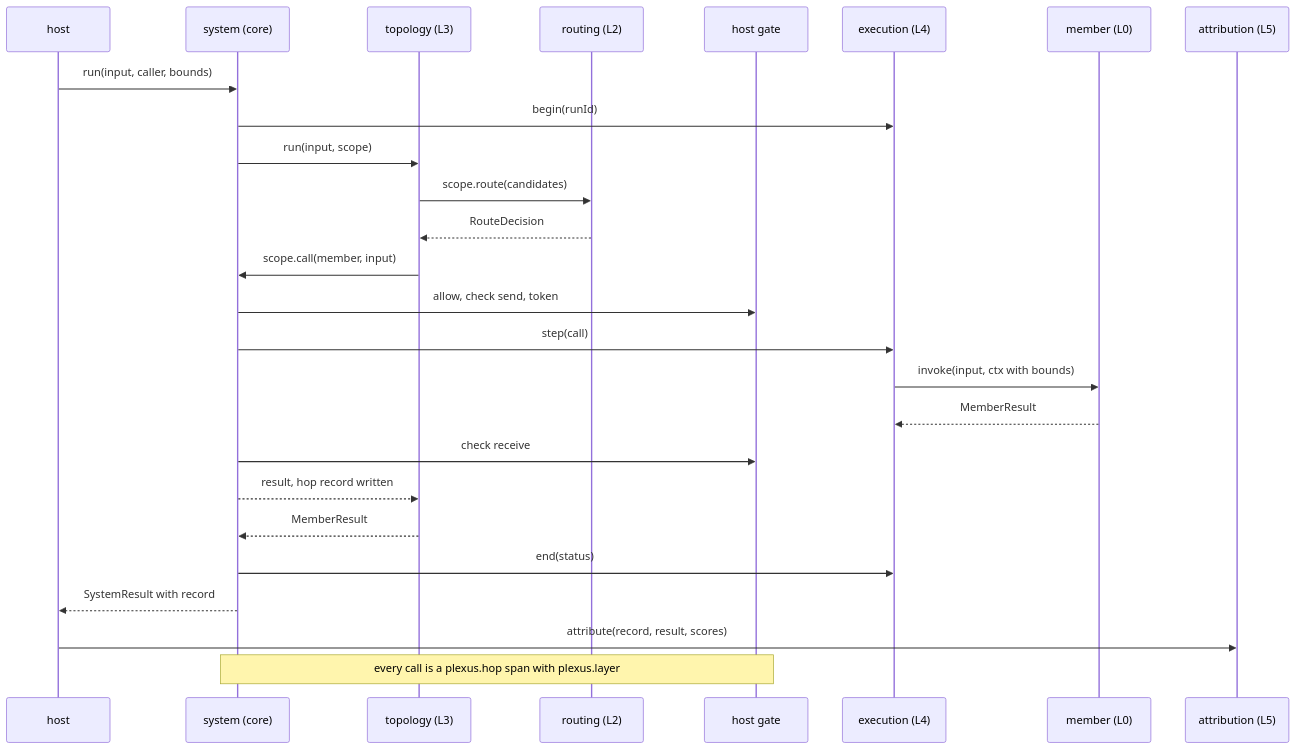
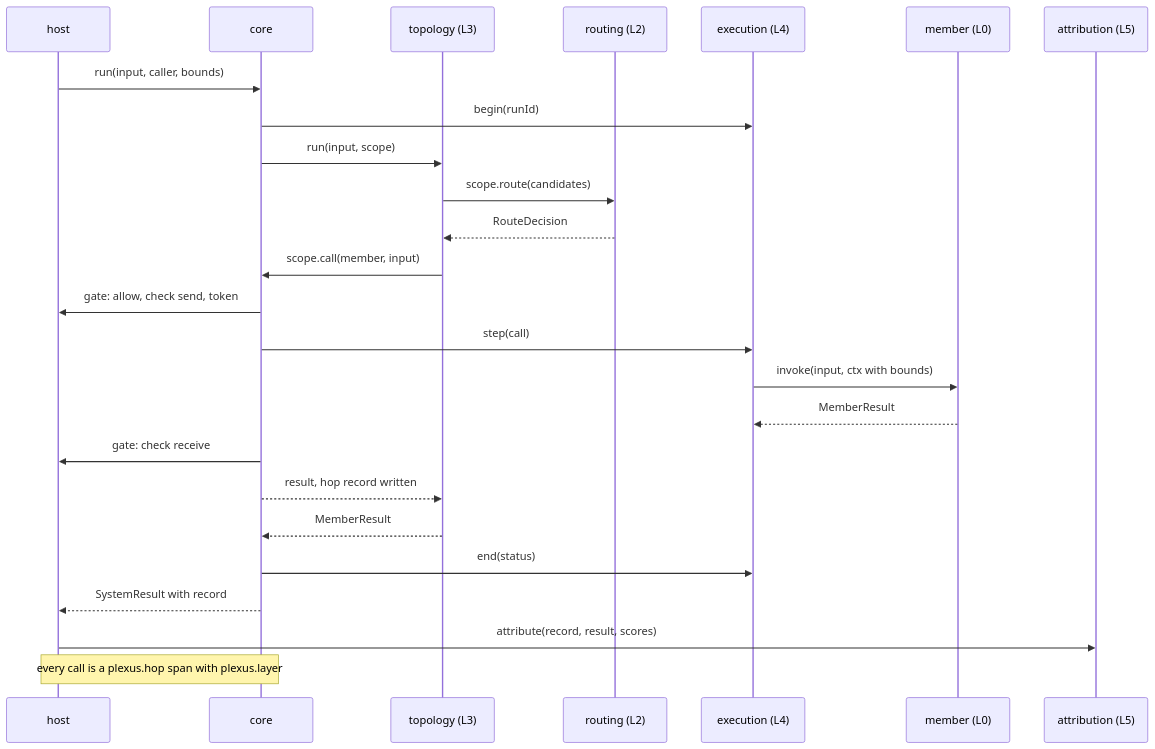
The second of 2 diagrams in docs/architecture.md (aantenore/agent-plexus), drawn with Mermaid before and after one commit. The commit also changed other lines of this file and 15 other files, not shown here.

````diff
--- a/docs/architecture.md
+++ b/docs/architecture.md
@@ -160,28 +164,27 @@
 ```mermaid
 sequenceDiagram
-  participant H as host
-  participant S as system (core)
-  participant T as topology (L3)
-  participant R as routing (L2)
-  participant G as host gate
-  participant E as execution (L4)
-  participant M as member (L0)
-  participant A as attribution (L5)
-  H->>S: run(input, caller, bounds)
-  S->>E: begin(runId)
-  S->>T: run(input, scope)
-  T->>R: scope.route(candidates)
-  R-->>T: RouteDecision
-  T->>S: scope.call(member, input)
-  S->>G: allow, check send, token
-  S->>E: step(call)
-  E->>M: invoke(input, ctx with bounds)
-  M-->>E: MemberResult
-  S->>G: check receive
-  S-->>T: result, hop record written
-  T-->>S: MemberResult
-  S->>E: end(status)
-  S-->>H: SystemResult with record
-  H->>A: attribute(record, result, scores)
-  Note over S,G: every call is a plexus.hop span with plexus.layer
+  participant host
+  participant core
+  participant topology as topology (L3)
+  participant routing as routing (L2)
+  participant execution as execution (L4)
+  participant member as member (L0)
+  participant attribution as attribution (L5)
+  host->>core: run(input, caller, bounds)
+  core->>execution: begin(runId)
+  core->>topology: run(input, scope)
+  topology->>routing: scope.route(candidates)
+  routing-->>topology: RouteDecision
+  topology->>core: scope.call(member, input)
+  core->>host: gate: allow, check send, token
+  core->>execution: step(call)
+  execution->>member: invoke(input, ctx with bounds)
+  member-->>execution: MemberResult
+  core->>host: gate: check receive
+  core-->>topology: result, hop record written
+  topology-->>core: MemberResult
+  core->>execution: end(status)
+  core-->>host: SystemResult with record
+  host->>attribution: attribute(record, result, scores)
+  Note over core,host: every call is a plexus.hop span with plexus.layer
 ```
````
